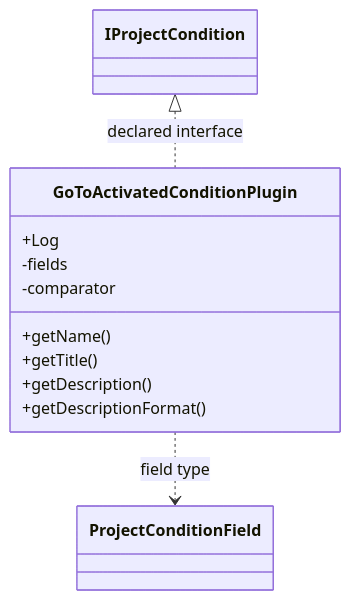
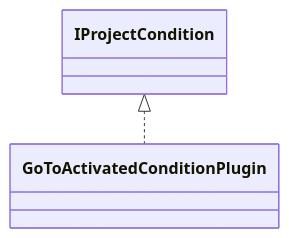
Before and after one commit to haruperi/HaruQuantAI: the diagram in docs/sqx/Shared/ProjectConditionGoToActivated.md, drawn with Mermaid. The commit also changed other lines of this file and 1688 other files, not shown here.

````diff
--- a/docs/sqx/Shared/ProjectConditionGoToActivated.md
+++ b/docs/sqx/Shared/ProjectConditionGoToActivated.md
@@ -30,16 +26,6 @@
 ```mermaid
 classDiagram
-    class Cad026a5108c9["GoToActivatedConditionPlugin"] {
-        +Log
-        -fields
-        -comparator
-        +getName()
-        +getTitle()
-        +getDescription()
-        +getDescriptionFormat()
-    }
-    class C930244e123f1["IProjectCondition"]
-    class C360519953328["ProjectConditionField"]
-    C930244e123f1 <|.. Cad026a5108c9 : declared interface
-    Cad026a5108c9 ..> C360519953328 : field type
+    class C0["GoToActivatedConditionPlugin"]
+    class E0["IProjectCondition"]
+    E0 <|.. C0
 ```
````
